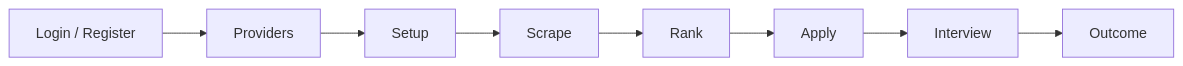
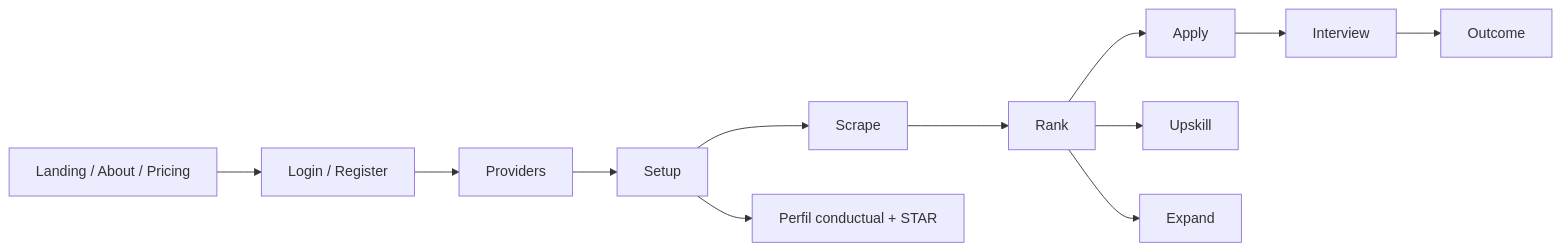
The diagram in README.md (AntonyML/open-ai-jobs-search-nextjs-frontend), drawn with Mermaid before and after one commit. The commit also changed other lines of this file, not shown here.

````diff
--- a/README.md
+++ b/README.md
@@ -27,10 +112,14 @@
 ```mermaid
 flowchart LR
-  A[Login / Register] --> B[Providers]
-  B --> C[Setup]
-  C --> D[Scrape]
-  D --> E[Rank]
-  E --> F[Apply]
-  F --> G[Interview]
-  G --> H[Outcome]
+  A[Landing / About / Pricing] --> B[Login / Register]
+  B --> C[Providers]
+  C --> D[Setup]
+  D --> E[Scrape]
+  E --> F[Rank]
+  F --> G[Apply]
+  G --> H[Interview]
+  H --> I[Outcome]
+  D --> J[Perfil conductual + STAR]
+  F --> K[Upskill]
+  F --> L[Expand]
 ```
````
